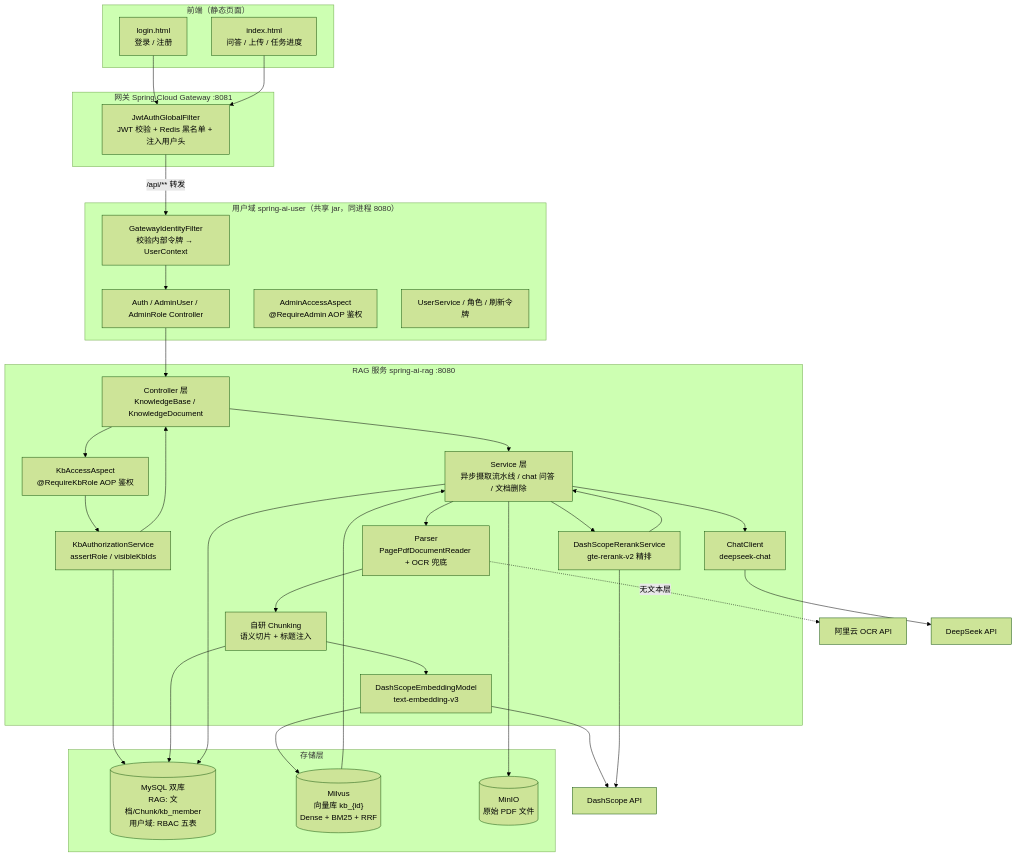
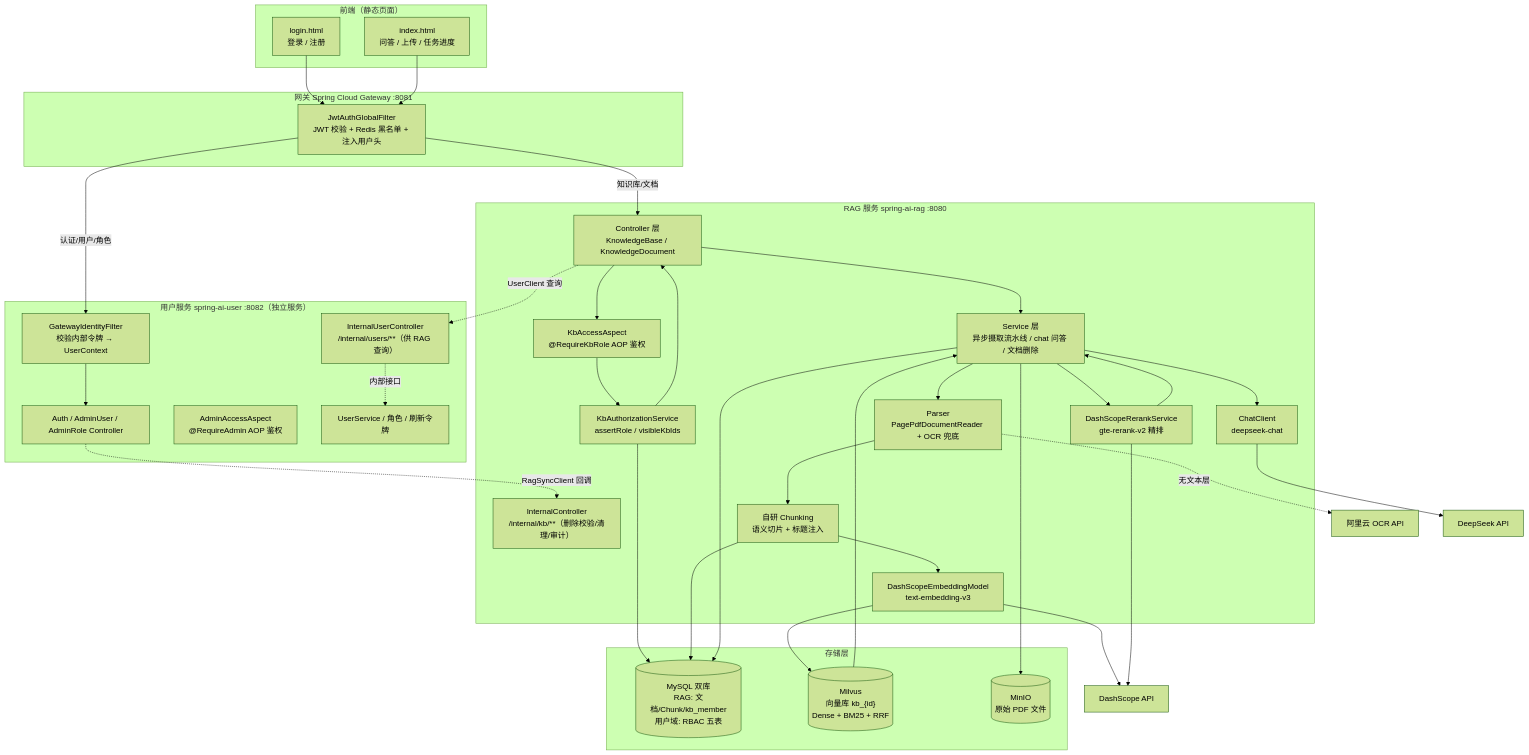
The diagram in README.md (wjklovemmy/spring-ai-rag-demo), drawn with Mermaid (forest theme) before and after one commit. The commit also changed other lines of this file and 32 other files, not shown here.

````diff
--- a/README.md
+++ b/README.md
@@ -49,60 +49,65 @@
 ```mermaid
 graph TB
     subgraph Frontend["前端（静态页面）"]
         LOGIN["login.html<br/>登录 / 注册"]
         INDEX["index.html<br/>问答 / 上传 / 任务进度"]
     end
 
     subgraph Gateway["网关 Spring Cloud Gateway :8081"]
         GWAUTH["JwtAuthGlobalFilter<br/>JWT 校验 + Redis 黑名单 + 注入用户头"]
     end
 
-    subgraph User["用户域 spring-ai-user（共享 jar，同进程 8080）"]
+    subgraph User["用户服务 spring-ai-user :8082（独立服务）"]
         GATE_ID["GatewayIdentityFilter<br/>校验内部令牌 → UserContext"]
         USERCTRL["Auth / AdminUser / AdminRole Controller"]
         ADMINASPECT["AdminAccessAspect<br/>@RequireAdmin AOP 鉴权"]
         USERSVC["UserService / 角色 / 刷新令牌"]
+        INT_USER["InternalUserController<br/>/internal/users/**（供 RAG 查询）"]
     end
 
     subgraph Backend["RAG 服务 spring-ai-rag :8080"]
+        INT_KB["InternalController<br/>/internal/kb/**（删除校验/清理/审计）"]
         CTRL["Controller 层<br/>KnowledgeBase / KnowledgeDocument"]
         ASPECT["KbAccessAspect<br/>@RequireKbRole AOP 鉴权"]
         AUTHZ["KbAuthorizationService<br/>assertRole / visibleKbIds"]
         SVC["Service 层<br/>异步摄取流水线 / chat 问答 / 文档删除"]
         PARSER["Parser<br/>PagePdfDocumentReader + OCR 兜底"]
         SPLIT["自研 Chunking<br/>语义切片 + 标题注入"]
         EMBED["DashScopeEmbeddingModel<br/>text-embedding-v3"]
         RERANK["DashScopeRerankService<br/>gte-rerank-v2 精排"]
         CHAT["ChatClient<br/>deepseek-chat"]
     end
 
     subgraph Storage["存储层"]
         MYSQL[("MySQL 双库<br/>RAG: 文档/Chunk/kb_member<br/>用户域: RBAC 五表")]
         MILVUS[("Milvus<br/>向量库 kb_{id}<br/>Dense + BM25 + RRF")]
         MINIO[("MinIO<br/>原始 PDF 文件")]
     end
 
     OCRSVC["阿里云 OCR API"]
     AI["DeepSeek API"]
     DS["DashScope API"]
 
     LOGIN --> GWAUTH
     INDEX --> GWAUTH
-    GWAUTH -->|/api/** 转发| GATE_ID
+    GWAUTH -->|认证/用户/角色| GATE_ID
+    GWAUTH -->|知识库/文档| CTRL
     GATE_ID --> USERCTRL
-    USERCTRL --> CTRL
+    INT_USER -.内部接口.-> USERSVC
+    USERCTRL -.RagSyncClient 回调.-> INT_KB
+    CTRL -.UserClient 查询.-> INT_USER
     CTRL --> ASPECT --> AUTHZ --> MYSQL
     AUTHZ --> CTRL
     CTRL --> SVC
     SVC --> PARSER --> SPLIT
     PARSER -.无文本层.-> OCRSVC
     SPLIT --> MYSQL
     SPLIT --> EMBED --> DS
     EMBED --> MILVUS
     SVC --> CHAT --> AI
     MILVUS --> SVC
     SVC --> RERANK --> DS
     RERANK --> SVC
     SVC --> MINIO
     SVC --> MYSQL
 ```
````
